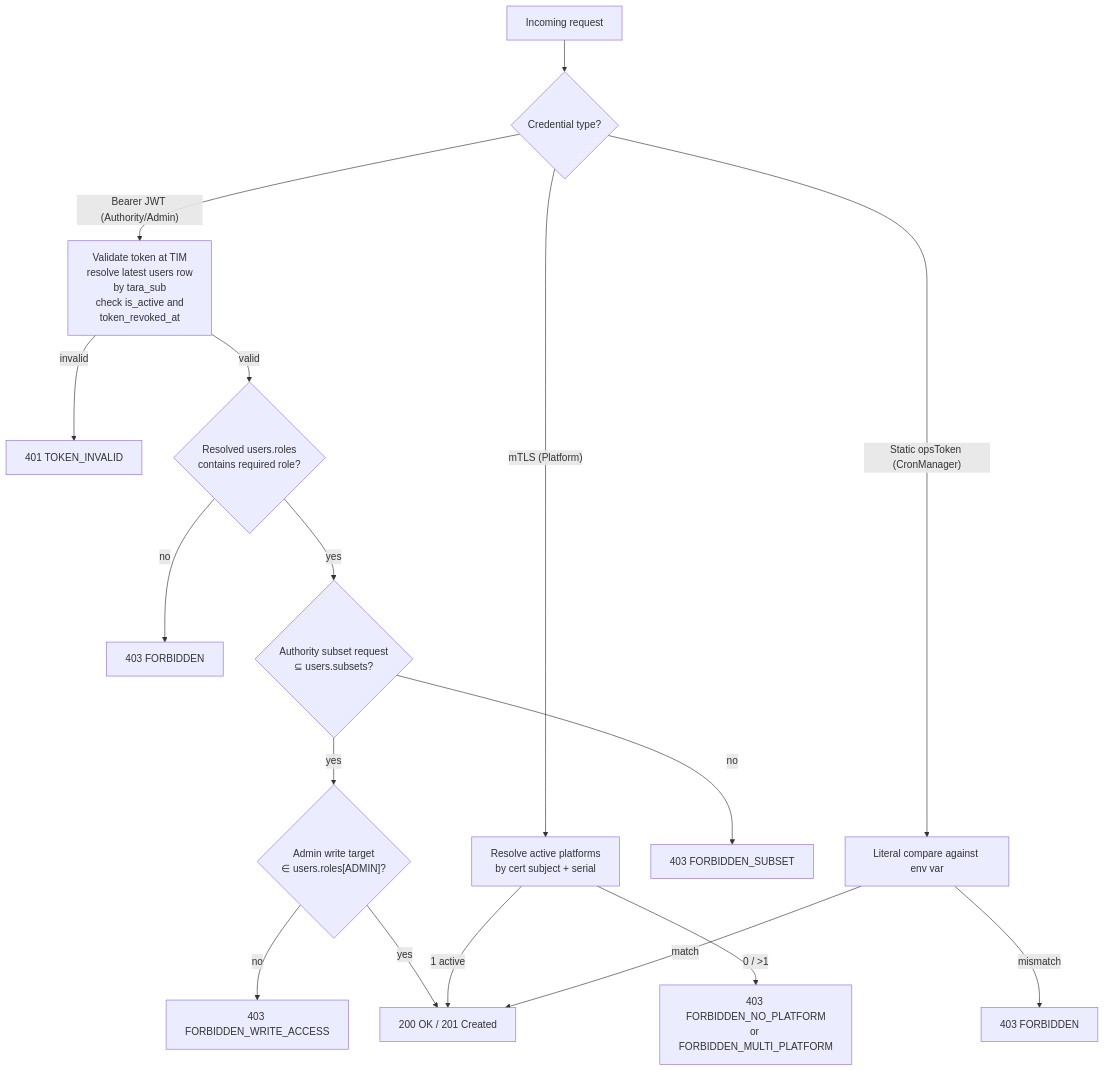
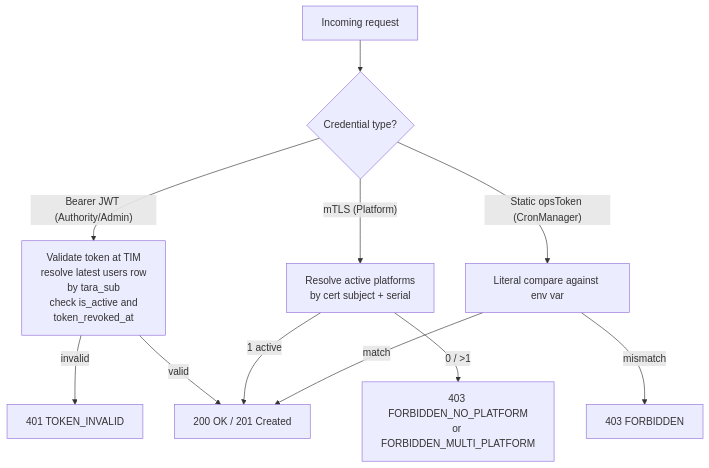
One commit to kemit-ee/efti-gate-ee changed the diagram in docs/architecture/identity-and-access/README.md. Above: the diagram before and after it, drawn with Mermaid. The commit also changed 32 other files, not shown here.

First line of the commit message:
remove from users entity: email, is_admin, roles, subsets

````diff
--- a/docs/architecture/identity-and-access/README.md
+++ b/docs/architecture/identity-and-access/README.md
@@ -102,19 +102,13 @@
 ```mermaid
 flowchart TD
     Req[Incoming request] --> Cred{Credential type?}
     Cred -- "Bearer JWT (Authority/Admin)" --> JWT[Validate token at TIM<br/>resolve latest users row<br/>by tara_sub<br/>check is_active and<br/>token_revoked_at]
     Cred -- "mTLS (Platform)" --> MTLS[Resolve active platforms<br/>by cert subject + serial]
     Cred -- "Static opsToken (CronManager)" --> OPS[Literal compare against env var]
     JWT -- invalid --> R401[401 TOKEN_INVALID]
     MTLS -- 0 / >1 --> R403P[403 FORBIDDEN_NO_PLATFORM<br/>or FORBIDDEN_MULTI_PLATFORM]
     OPS -- mismatch --> R403O[403 FORBIDDEN]
-    JWT -- valid --> RoleCheck{Resolved users.roles<br/>contains required role?}
-    RoleCheck -- no --> R403[403 FORBIDDEN]
-    RoleCheck -- yes --> Subset{Authority subset request<br/>⊆ users.subsets?}
-    Subset -- no --> R403S[403 FORBIDDEN_SUBSET]
-    Subset -- yes --> Scope{"Admin write target<br/>∈ users.roles[ADMIN]?"}
-    Scope -- no --> R403WA[403 FORBIDDEN_WRITE_ACCESS]
-    Scope -- yes --> Allow[200 OK / 201 Created]
+    JWT -- valid --> Allow[200 OK / 201 Created]
     MTLS -- 1 active --> Allow
     OPS -- match --> Allow
 ```
````
